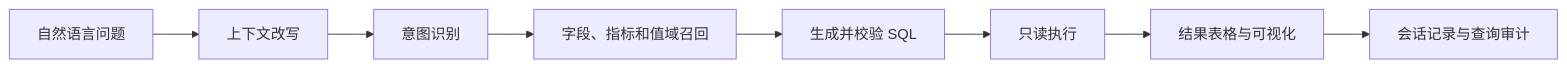
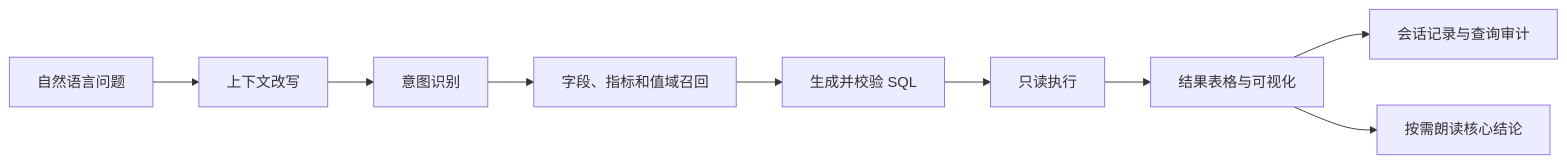
The first of 3 diagrams in README.md (mjj90200-glitch/shoper-agent), drawn with Mermaid before and after one commit. The commit also changed other lines of this file and 17 other files, not shown here.

````diff
--- a/README.md
+++ b/README.md
@@ -90,10 +91,11 @@
 ```mermaid
 flowchart LR
     A[自然语言问题] --> B[上下文改写]
     B --> C[意图识别]
     C --> D[字段、指标和值域召回]
     D --> E[生成并校验 SQL]
     E --> F[只读执行]
     F --> G[结果表格与可视化]
     G --> H[会话记录与查询审计]
+    G --> I[按需朗读核心结论]
 ```
````
